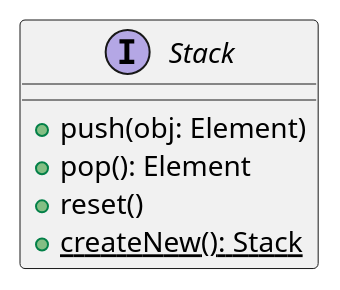
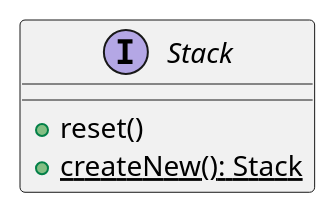
The diagram in Task_4/1/1a.puml (fanglores/Advanced-Software-Design), drawn with PlantUML before and after one commit. The commit also changed 3 other files, not shown here.

```diff
--- a/Task_4/1/1a.puml
+++ b/Task_4/1/1a.puml
@@ -1,10 +1,8 @@
 @startuml
 
 interface Stack {
-  + push(obj: Element)
-  + pop(): Element
   + reset()
   {static} + createNew(): Stack
 }
 
 @enduml
```
